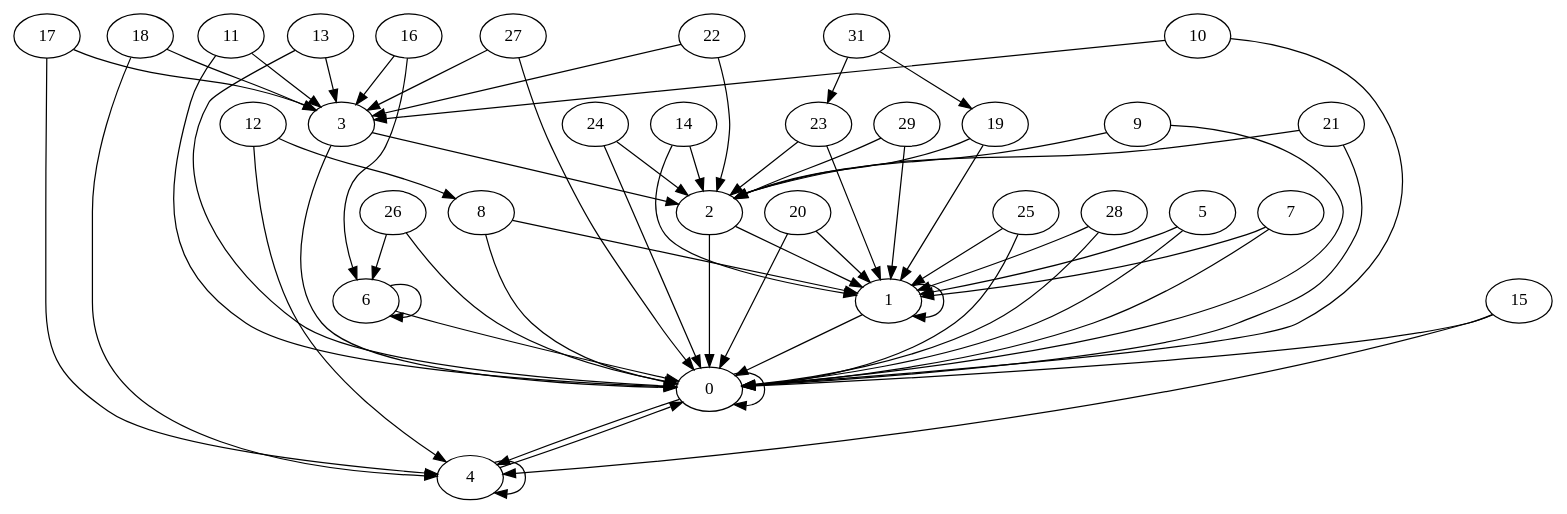
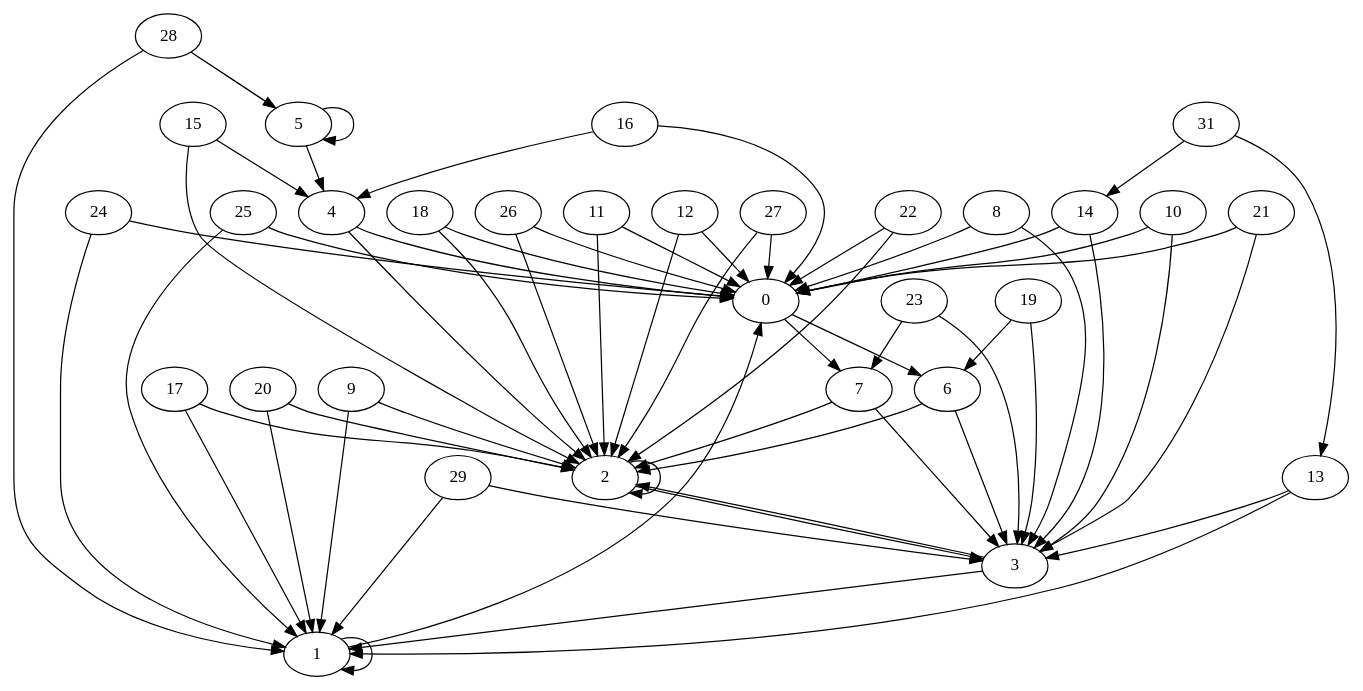
One commit to LostBitset/quiver_se changed the diagram in quiver-gviz/reprdigraph.dot. Above: the diagram before and after it, drawn with Graphviz. The commit also changed 5 other files, not shown here.

```diff
--- a/quiver-gviz/reprdigraph.dot
+++ b/quiver-gviz/reprdigraph.dot
@@ -1,97 +1,97 @@
 digraph  {
 	
-	n2[label="0"];
-	n13[label="1"];
-	n19[label="10"];
-	n25[label="11"];
-	n28[label="12"];
-	n29[label="13"];
-	n22[label="14"];
+	n5[label="0"];
+	n2[label="1"];
+	n12[label="10"];
+	n31[label="11"];
+	n17[label="12"];
+	n7[label="13"];
+	n8[label="14"];
 	n24[label="15"];
-	n8[label="16"];
-	n20[label="17"];
-	n7[label="18"];
-	n11[label="19"];
-	n4[label="2"];
-	n31[label="20"];
-	n21[label="21"];
-	n3[label="22"];
-	n10[label="23"];
-	n15[label="24"];
-	n12[label="25"];
-	n14[label="26"];
-	n30[label="27"];
-	n23[label="28"];
-	n16[label="29"];
-	n5[label="3"];
-	n9[label="31"];
-	n6[label="4"];
-	n18[label="5"];
-	n1[label="6"];
-	n26[label="7"];
-	n27[label="8"];
-	n17[label="9"];
+	n23[label="16"];
+	n4[label="17"];
+	n20[label="18"];
+	n25[label="19"];
+	n3[label="2"];
+	n18[label="20"];
+	n28[label="21"];
+	n26[label="22"];
+	n21[label="23"];
+	n16[label="24"];
+	n30[label="25"];
+	n27[label="26"];
+	n11[label="27"];
+	n19[label="28"];
+	n29[label="29"];
+	n13[label="3"];
+	n6[label="31"];
+	n10[label="4"];
+	n9[label="5"];
+	n22[label="6"];
+	n14[label="7"];
+	n15[label="8"];
+	n1[label="9"];
+	n5->n22[penwidth="1"];
+	n5->n14[penwidth="1"];
+	n2->n5[penwidth="1"];
 	n2->n2[penwidth="1"];
-	n2->n6[penwidth="1"];
+	n12->n5[penwidth="1"];
+	n12->n13[penwidth="1"];
+	n31->n3[penwidth="1"];
+	n31->n5[penwidth="1"];
+	n17->n5[penwidth="1"];
+	n17->n3[penwidth="1"];
+	n7->n2[penwidth="1"];
+	n7->n13[penwidth="1"];
+	n8->n13[penwidth="1"];
+	n8->n5[penwidth="1"];
+	n24->n10[penwidth="1"];
+	n24->n3[penwidth="1"];
+	n23->n10[penwidth="1"];
+	n23->n5[penwidth="1"];
+	n4->n3[penwidth="1"];
+	n4->n2[penwidth="1"];
+	n20->n3[penwidth="1"];
+	n20->n5[penwidth="1"];
+	n25->n22[penwidth="1"];
+	n25->n13[penwidth="1"];
+	n3->n13[penwidth="1"];
+	n3->n3[penwidth="1"];
+	n18->n2[penwidth="1"];
+	n18->n3[penwidth="1"];
+	n28->n13[penwidth="1"];
+	n28->n5[penwidth="1"];
+	n26->n5[penwidth="1"];
+	n26->n3[penwidth="1"];
+	n21->n13[penwidth="1"];
+	n21->n14[penwidth="1"];
+	n16->n2[penwidth="1"];
+	n16->n5[penwidth="1"];
+	n30->n5[penwidth="1"];
+	n30->n2[penwidth="1"];
+	n27->n3[penwidth="1"];
+	n27->n5[penwidth="1"];
+	n11->n3[penwidth="1"];
+	n11->n5[penwidth="1"];
+	n19->n2[penwidth="1"];
+	n19->n9[penwidth="1"];
+	n29->n13[penwidth="1"];
+	n29->n2[penwidth="1"];
 	n13->n2[penwidth="1"];
-	n13->n13[penwidth="1"];
-	n19->n5[penwidth="1"];
-	n19->n2[penwidth="1"];
-	n25->n2[penwidth="1"];
-	n25->n5[penwidth="1"];
-	n28->n27[penwidth="1"];
-	n28->n6[penwidth="1"];
-	n29->n2[penwidth="1"];
-	n29->n5[penwidth="1"];
-	n22->n4[penwidth="1"];
+	n13->n3[penwidth="1"];
+	n6->n7[penwidth="1"];
+	n6->n8[penwidth="1"];
+	n10->n3[penwidth="1"];
+	n10->n5[penwidth="1"];
+	n9->n10[penwidth="1"];
+	n9->n9[penwidth="1"];
+	n22->n3[penwidth="1"];
 	n22->n13[penwidth="1"];
-	n24->n6[penwidth="1"];
-	n24->n2[penwidth="1"];
-	n8->n5[penwidth="1"];
-	n8->n1[penwidth="1"];
-	n20->n5[penwidth="1"];
-	n20->n6[penwidth="1"];
-	n7->n6[penwidth="1"];
-	n7->n5[penwidth="1"];
-	n11->n4[penwidth="1"];
-	n11->n13[penwidth="1"];
-	n4->n13[penwidth="1"];
-	n4->n2[penwidth="1"];
-	n31->n2[penwidth="1"];
-	n31->n13[penwidth="1"];
-	n21->n4[penwidth="1"];
-	n21->n2[penwidth="1"];
-	n3->n5[penwidth="1"];
-	n3->n4[penwidth="1"];
-	n10->n13[penwidth="1"];
-	n10->n4[penwidth="1"];
-	n15->n2[penwidth="1"];
-	n15->n4[penwidth="1"];
-	n12->n13[penwidth="1"];
-	n12->n2[penwidth="1"];
-	n14->n2[penwidth="1"];
-	n14->n1[penwidth="1"];
-	n30->n2[penwidth="1"];
-	n30->n5[penwidth="1"];
-	n23->n13[penwidth="1"];
-	n23->n2[penwidth="1"];
-	n16->n13[penwidth="1"];
-	n16->n4[penwidth="1"];
-	n5->n4[penwidth="1"];
-	n5->n2[penwidth="1"];
-	n9->n11[penwidth="1"];
-	n9->n10[penwidth="1"];
-	n6->n2[penwidth="1"];
-	n6->n6[penwidth="1"];
-	n18->n13[penwidth="1"];
-	n18->n2[penwidth="1"];
+	n14->n3[penwidth="1"];
+	n14->n13[penwidth="1"];
+	n15->n5[penwidth="1"];
+	n15->n13[penwidth="1"];
 	n1->n2[penwidth="1"];
-	n1->n1[penwidth="1"];
-	n26->n2[penwidth="1"];
-	n26->n13[penwidth="1"];
-	n27->n13[penwidth="1"];
-	n27->n2[penwidth="1"];
-	n17->n2[penwidth="1"];
-	n17->n4[penwidth="1"];
+	n1->n3[penwidth="1"];
 	
 }
```
